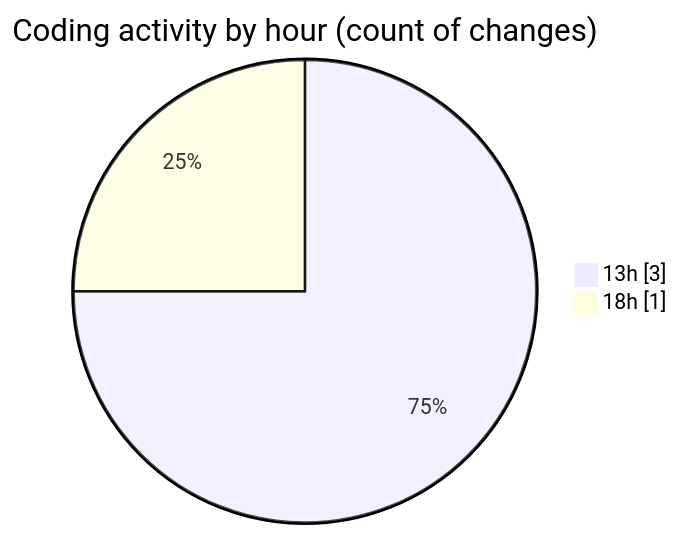
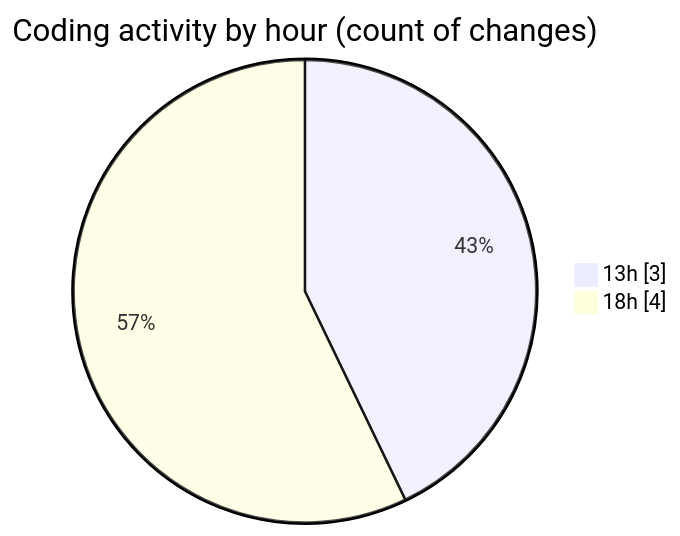
Before and after one commit to jrari/code-tracking: the second of 2 diagrams in 2025-07-16/telebot/README.md, drawn with Mermaid. The commit also changed other lines of this file and 1 other file, not shown here.

````diff
--- a/2025-07-16/telebot/README.md
+++ b/2025-07-16/telebot/README.md
@@ -32,6 +33,6 @@
 ```mermaid
 pie showData
 title Coding activity by hour (count of changes)
 "13h" : 3
-"18h" : 1
+"18h" : 4
 ```
````
